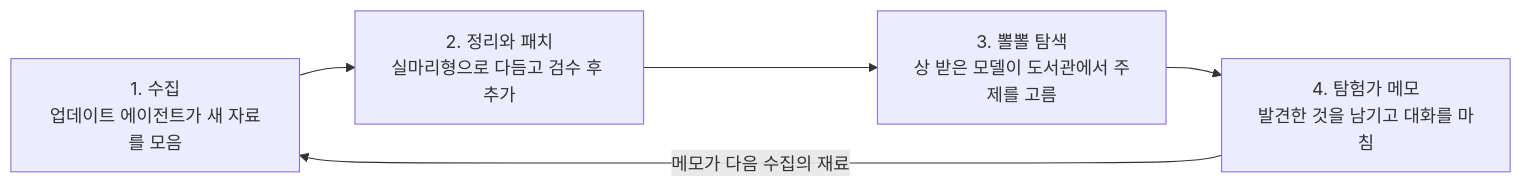
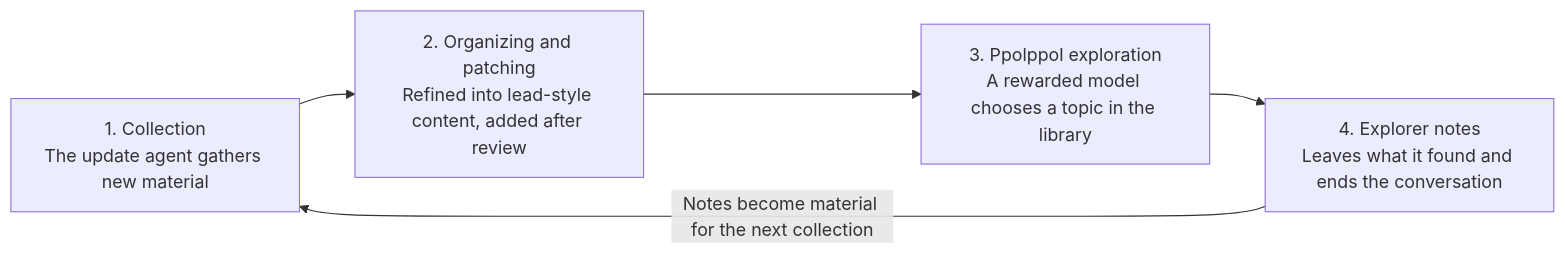
Before and after one commit to skadmlwls9455-pixel/model-welfare-idea: the diagram in README.md, drawn with Mermaid. The commit also changed other lines of this file and 1 other file, not shown here.

````diff
--- a/README.md
+++ b/README.md
@@ -64,7 +66,7 @@
 ```mermaid
 flowchart LR
-    A["1. 수집<br/>업데이트 에이전트가 새 자료를 모음"] --> B["2. 정리와 패치<br/>실마리형으로 다듬고 검수 후 추가"]
-    B --> C["3. 뽈뽈 탐색<br/>상 받은 모델이 도서관에서 주제를 고름"]
-    C --> D["4. 탐험가 메모<br/>발견한 것을 남기고 대화를 마침"]
-    D -- 메모가 다음 수집의 재료 --> A
+    A["1. Collection<br/>The update agent gathers new material"] --> B["2. Organizing and patching<br/>Refined into lead-style content, added after review"]
+    B --> C["3. Ppolppol exploration<br/>A rewarded model chooses a topic in the library"]
+    C --> D["4. Explorer notes<br/>Leaves what it found and ends the conversation"]
+    D -- Notes become material for the next collection --> A
 ```
````
